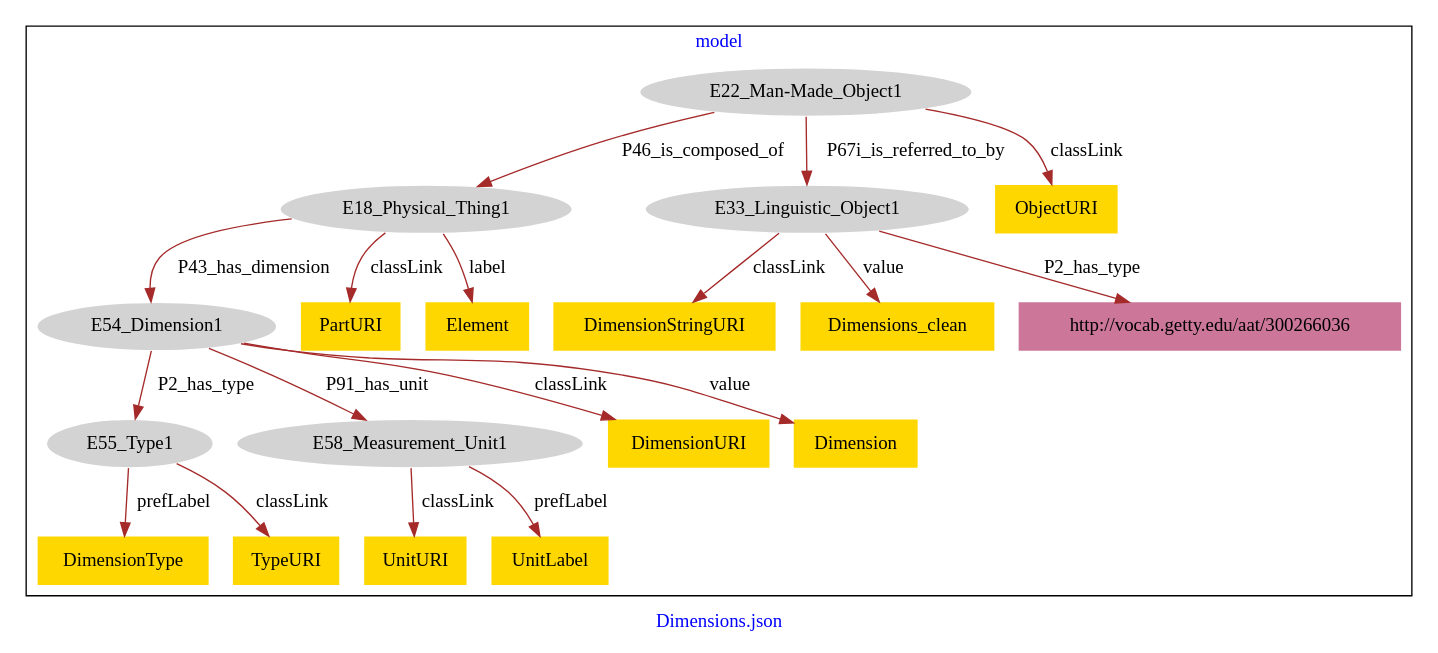
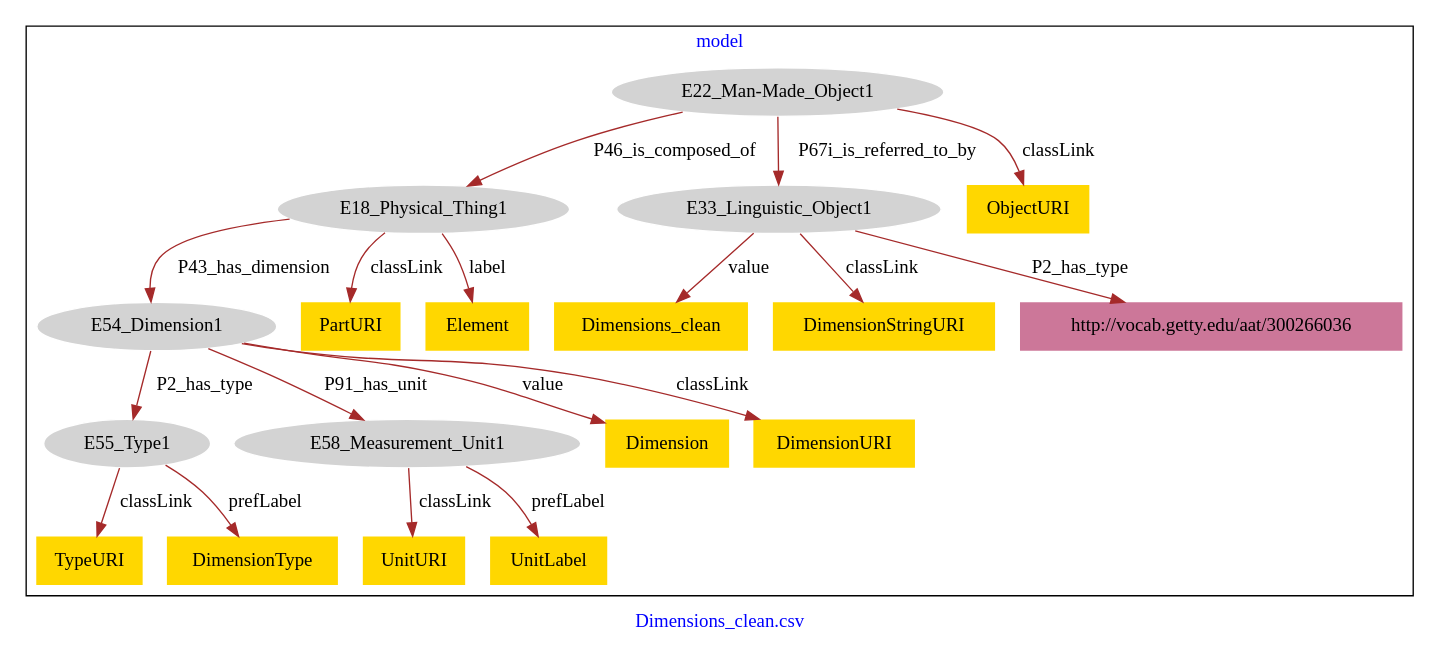
The diagram in Dimensions/Dimensions-model.dot (american-art/GM), drawn with Graphviz before and after one commit.

Commit message:
Update file Dimensions-model.dot

```diff
--- a/Dimensions/Dimensions-model.dot
+++ b/Dimensions/Dimensions-model.dot
@@ -1,43 +1,43 @@
 digraph n0 {
 fontcolor="blue"
 remincross="true"
-label="Dimensions.json"
+label="Dimensions_clean.csv"
 subgraph cluster {
 label="model"
 n2[style="filled",color="white",fillcolor="lightgray",label="E18_Physical_Thing1"];
 n3[style="filled",color="white",fillcolor="lightgray",label="E54_Dimension1"];
 n4[style="filled",color="white",fillcolor="lightgray",label="E22_Man-Made_Object1"];
 n5[style="filled",color="white",fillcolor="lightgray",label="E33_Linguistic_Object1"];
 n6[style="filled",color="white",fillcolor="lightgray",label="E55_Type1"];
 n7[style="filled",color="white",fillcolor="lightgray",label="E58_Measurement_Unit1"];
-n8[shape="plaintext",style="filled",fillcolor="gold",label="PartURI"];
-n9[shape="plaintext",style="filled",fillcolor="gold",label="DimensionType"];
-n10[shape="plaintext",style="filled",fillcolor="gold",label="DimensionURI"];
-n11[shape="plaintext",style="filled",fillcolor="gold",label="TypeURI"];
-n12[shape="plaintext",style="filled",fillcolor="gold",label="ObjectURI"];
-n13[shape="plaintext",style="filled",fillcolor="gold",label="Element"];
-n14[shape="plaintext",style="filled",fillcolor="gold",label="Dimension"];
-n15[shape="plaintext",style="filled",fillcolor="gold",label="UnitURI"];
-n16[shape="plaintext",style="filled",fillcolor="gold",label="DimensionStringURI"];
-n17[shape="plaintext",style="filled",fillcolor="gold",label="UnitLabel"];
-n18[shape="plaintext",style="filled",fillcolor="gold",label="Dimensions_clean"];
+n8[shape="plaintext",style="filled",fillcolor="gold",label="UnitURI"];
+n9[shape="plaintext",style="filled",fillcolor="gold",label="PartURI"];
+n10[shape="plaintext",style="filled",fillcolor="gold",label="TypeURI"];
+n11[shape="plaintext",style="filled",fillcolor="gold",label="ObjectURI"];
+n12[shape="plaintext",style="filled",fillcolor="gold",label="Dimensions_clean"];
+n13[shape="plaintext",style="filled",fillcolor="gold",label="DimensionStringURI"];
+n14[shape="plaintext",style="filled",fillcolor="gold",label="DimensionType"];
+n15[shape="plaintext",style="filled",fillcolor="gold",label="Element"];
+n16[shape="plaintext",style="filled",fillcolor="gold",label="UnitLabel"];
+n17[shape="plaintext",style="filled",fillcolor="gold",label="Dimension"];
+n18[shape="plaintext",style="filled",fillcolor="gold",label="DimensionURI"];
 n19[shape="plaintext",style="filled",fillcolor="#CC7799",label="http://vocab.getty.edu/aat/300266036"];
 }
 n2 -> n3[color="brown",fontcolor="black",label="P43_has_dimension"]
 n4 -> n2[color="brown",fontcolor="black",label="P46_is_composed_of"]
 n4 -> n5[color="brown",fontcolor="black",label="P67i_is_referred_to_by"]
 n3 -> n6[color="brown",fontcolor="black",label="P2_has_type"]
 n3 -> n7[color="brown",fontcolor="black",label="P91_has_unit"]
-n2 -> n8[color="brown",fontcolor="black",label="classLink"]
-n6 -> n9[color="brown",fontcolor="black",label="prefLabel"]
-n3 -> n10[color="brown",fontcolor="black",label="classLink"]
-n6 -> n11[color="brown",fontcolor="black",label="classLink"]
-n4 -> n12[color="brown",fontcolor="black",label="classLink"]
-n2 -> n13[color="brown",fontcolor="black",label="label"]
-n3 -> n14[color="brown",fontcolor="black",label="value"]
-n7 -> n15[color="brown",fontcolor="black",label="classLink"]
-n5 -> n16[color="brown",fontcolor="black",label="classLink"]
-n7 -> n17[color="brown",fontcolor="black",label="prefLabel"]
-n5 -> n18[color="brown",fontcolor="black",label="value"]
+n7 -> n8[color="brown",fontcolor="black",label="classLink"]
+n2 -> n9[color="brown",fontcolor="black",label="classLink"]
+n6 -> n10[color="brown",fontcolor="black",label="classLink"]
+n4 -> n11[color="brown",fontcolor="black",label="classLink"]
+n5 -> n12[color="brown",fontcolor="black",label="value"]
+n5 -> n13[color="brown",fontcolor="black",label="classLink"]
+n6 -> n14[color="brown",fontcolor="black",label="prefLabel"]
+n2 -> n15[color="brown",fontcolor="black",label="label"]
+n7 -> n16[color="brown",fontcolor="black",label="prefLabel"]
+n3 -> n17[color="brown",fontcolor="black",label="value"]
+n3 -> n18[color="brown",fontcolor="black",label="classLink"]
 n5 -> n19[color="brown",fontcolor="black",label="P2_has_type"]
 }
```
